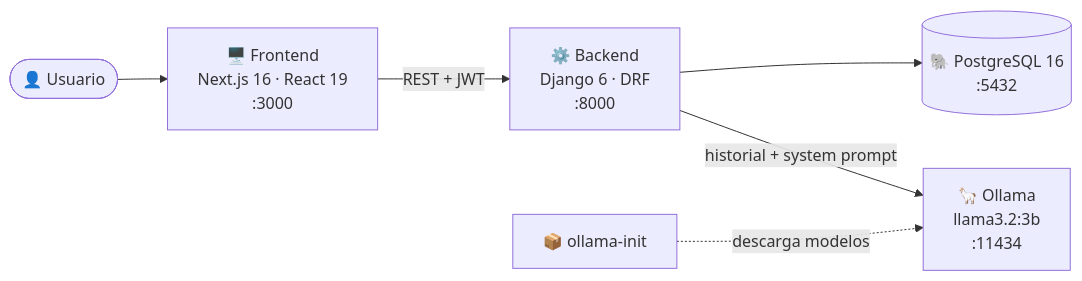
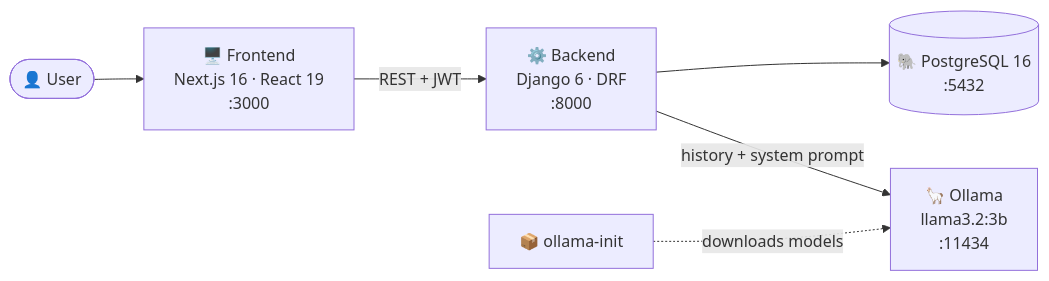
One commit to prialgon/Vibecoders-Inc changed the diagram in README.md. Above: the diagram before and after it, drawn with Mermaid. The commit also changed other lines of this file and 4 other files, not shown here.

````diff
--- a/README.md
+++ b/README.md
@@ -142,8 +142,8 @@
 ```mermaid
 flowchart LR
-    U([👤 Usuario]) --> FE["🖥️ Frontend<br/>Next.js 16 · React 19<br/>:3000"]
+    U([👤 User]) --> FE["🖥️ Frontend<br/>Next.js 16 · React 19<br/>:3000"]
     FE -- "REST + JWT" --> BE["⚙️ Backend<br/>Django 6 · DRF<br/>:8000"]
     BE --> DB[("🐘 PostgreSQL 16<br/>:5432")]
-    BE -- "historial + system prompt" --> OL["🦙 Ollama<br/>llama3.2:3b<br/>:11434"]
-    INIT["📦 ollama-init"] -. "descarga modelos" .-> OL
+    BE -- "history + system prompt" --> OL["🦙 Ollama<br/>llama3.2:3b<br/>:11434"]
+    INIT["📦 ollama-init"] -. "downloads models" .-> OL
 ```
````
